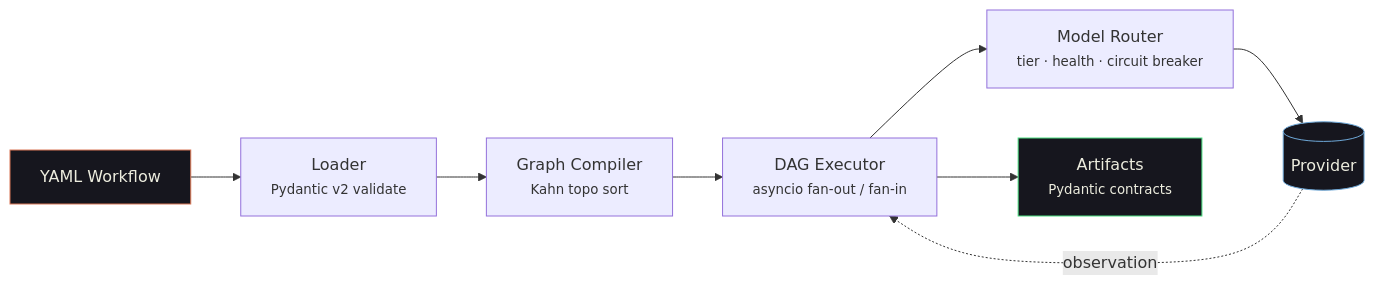
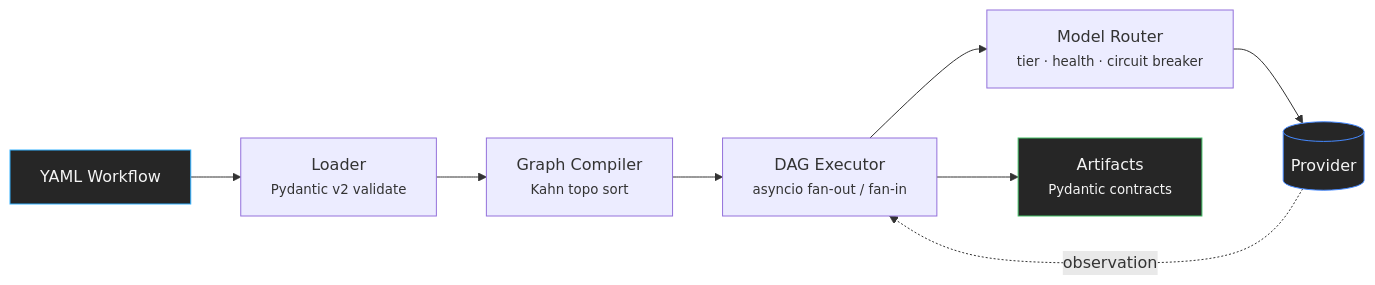
The diagram in docs/index.md (tafreeman/agentic-runtime-platform), drawn with Mermaid before and after one commit. The commit also changed other lines of this file and 15 other files, not shown here.

````diff
--- a/docs/index.md
+++ b/docs/index.md
@@ -78,13 +79,13 @@
 ```mermaid
 flowchart LR
     A[YAML Workflow] --> B[Loader<br/><small>Pydantic v2 validate</small>]
     B --> C[Graph Compiler<br/><small>Kahn topo sort</small>]
     C --> D[DAG Executor<br/><small>asyncio fan-out / fan-in</small>]
     D --> E[Model Router<br/><small>tier · health · circuit breaker</small>]
     E --> F[(Provider)]
     F -.observation.-> D
     D --> G[Artifacts<br/><small>Pydantic contracts</small>]
-    style A fill:#16161e,color:#ececde,stroke:#d97757
-    style F fill:#16161e,color:#ececde,stroke:#6ea8d8
-    style G fill:#16161e,color:#ececde,stroke:#4ade80
+    style A fill:#262626,color:#f4f4f4,stroke:#33b1ff
+    style F fill:#262626,color:#f4f4f4,stroke:#4589ff
+    style G fill:#262626,color:#f4f4f4,stroke:#42be65
 ```
````
